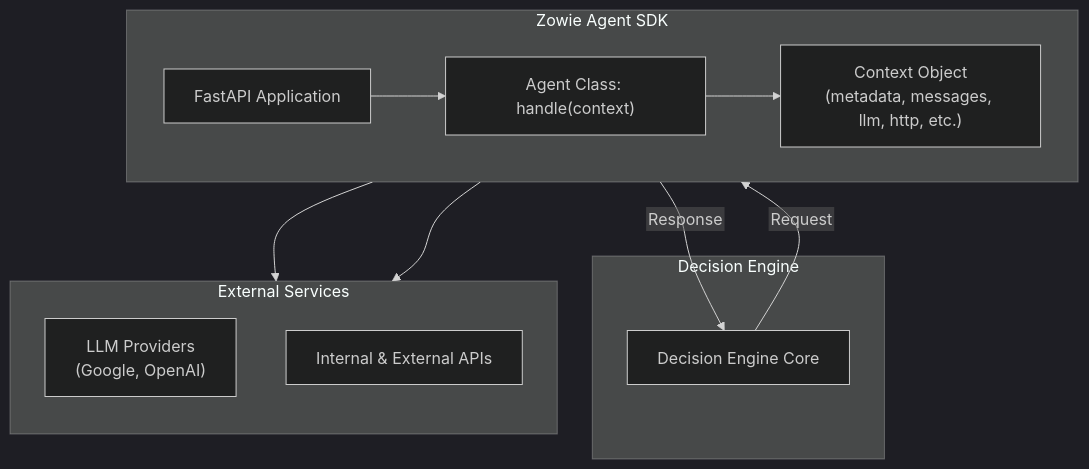
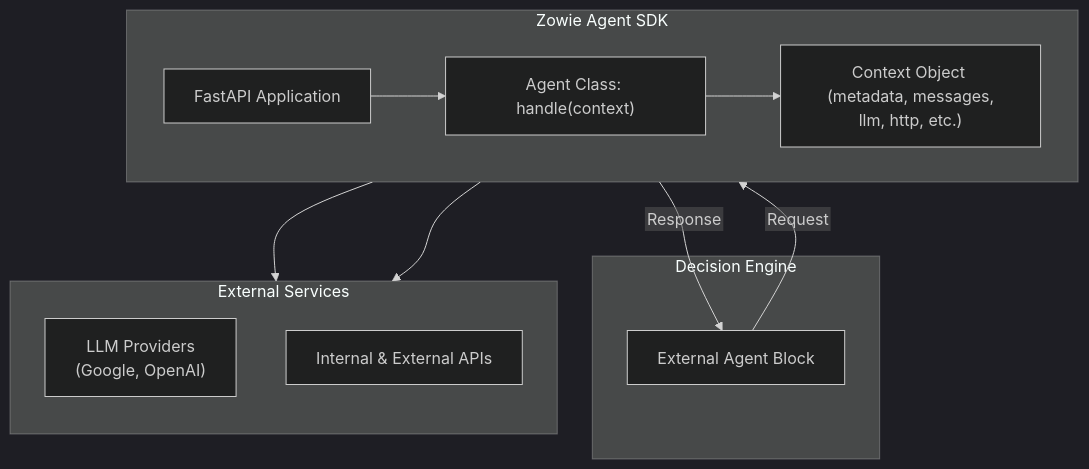
One commit to chatbotizeteam/zowie-agent-sdk-python changed the diagram in README.md. Above: the diagram before and after it, drawn with Mermaid (dark theme).

Commit message:
Trying another part

````diff
--- a/README.md
+++ b/README.md
@@ -46,26 +46,26 @@
 ```mermaid
 %%{init: {"flowchart": {"htmlLabels": false}} }%%
 
 flowchart TD
     subgraph DecisionEngine [Decision Engine]
-        DE_Core[Decision Engine Core]
+        DE_Core[External Agent Block]
     end
 
     subgraph AgentSDK [Zowie Agent SDK]
         direction LR
         FastAPI[FastAPI Application] --> AgentClass["Agent Class: handle(context)"]
-        AgentClass --> Context["Context Object\n(metadata, messages, llm, http, etc.)"]
+        AgentClass --> Context["Context Object \n (metadata, messages, llm, http, etc.)"]
     end
 
     subgraph ExternalServices [External Services]
         direction TB
-        LLM["LLM Providers\n(Google, OpenAI)"]
+        LLM["LLM Providers \n (Google, OpenAI)"]
         HTTP[Internal & External APIs]
     end
 
     DE_Core -- Request --> FastAPI
     FastAPI -- Response --> DE_Core
 
     Context --> LLM
     Context --> HTTP
 ```
````
